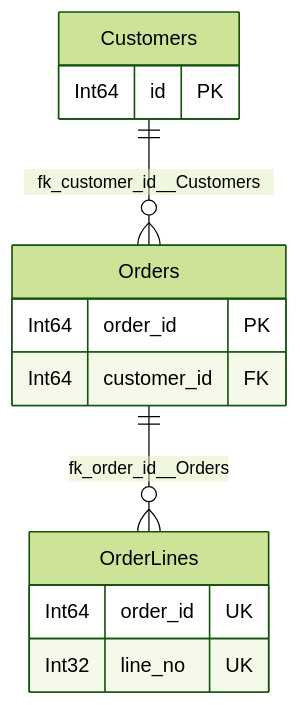
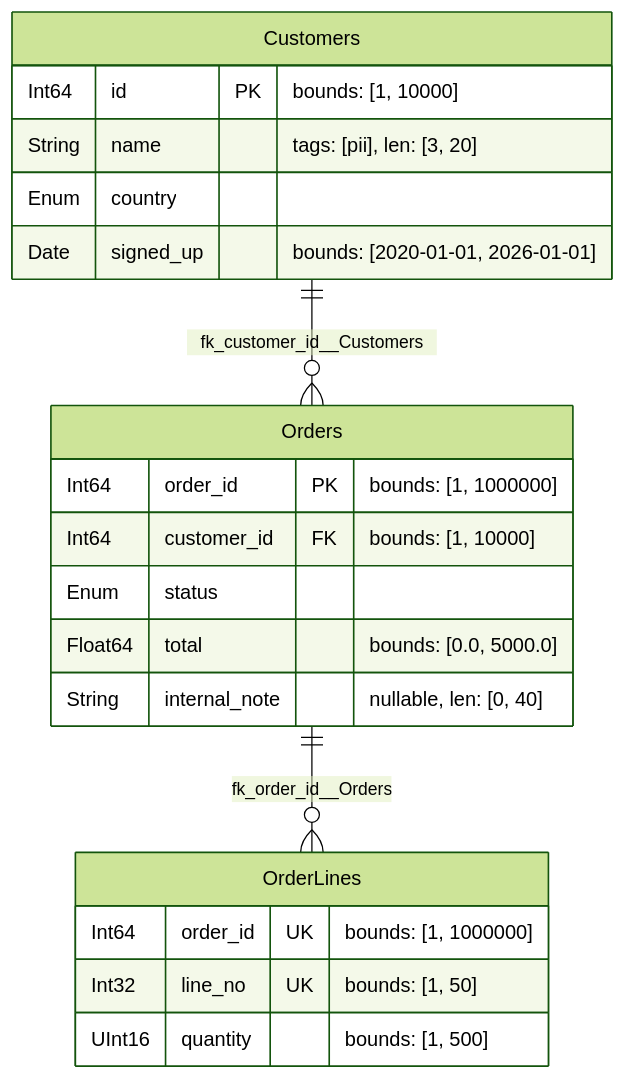
Before and after one commit to MaxwellB13/polspec: the diagram in docs/how-to/registry.md, drawn with Mermaid (forest theme). The commit also changed other lines of this file and 5 other files, not shown here.

````diff
--- a/docs/how-to/registry.md
+++ b/docs/how-to/registry.md
@@ -194,16 +203,23 @@
 ```mermaid
 erDiagram
     Customers {
-        Int64 id PK
+        Int64 id PK "bounds: [1, 10000]"
+        String name "tags: [pii], len: [3, 20]"
+        Enum country
+        Date signed_up "bounds: [2020-01-01, 2026-01-01]"
     }
     Orders {
-        Int64 order_id PK
-        Int64 customer_id FK
+        Int64 order_id PK "bounds: [1, 1000000]"
+        Int64 customer_id FK "bounds: [1, 10000]"
+        Enum status
+        Float64 total "bounds: [0.0, 5000.0]"
+        String internal_note "nullable, len: [0, 40]"
     }
     OrderLines {
-        Int64 order_id UK
-        Int32 line_no UK
+        Int64 order_id UK "bounds: [1, 1000000]"
+        Int32 line_no UK "bounds: [1, 50]"
+        UInt16 quantity "bounds: [1, 500]"
     }
     Customers ||--o{ Orders : "fk_customer_id__Customers"
     Orders ||--o{ OrderLines : "fk_order_id__Orders"
 ```
````
